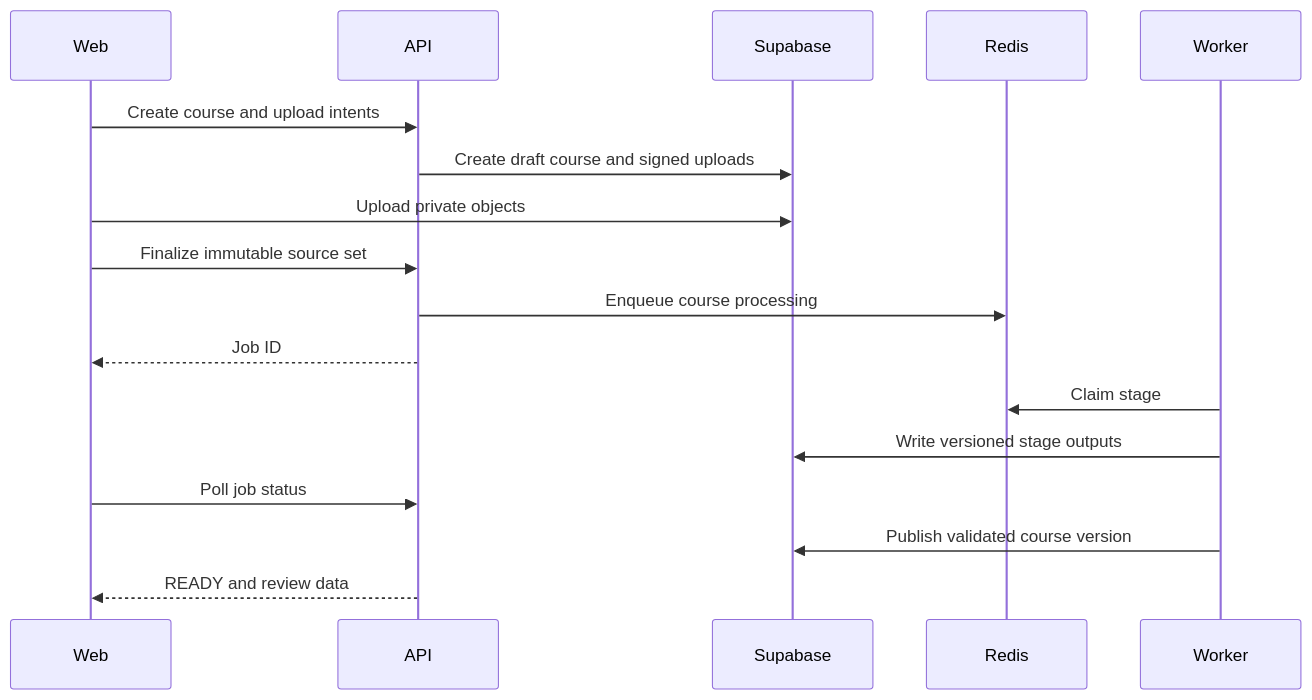
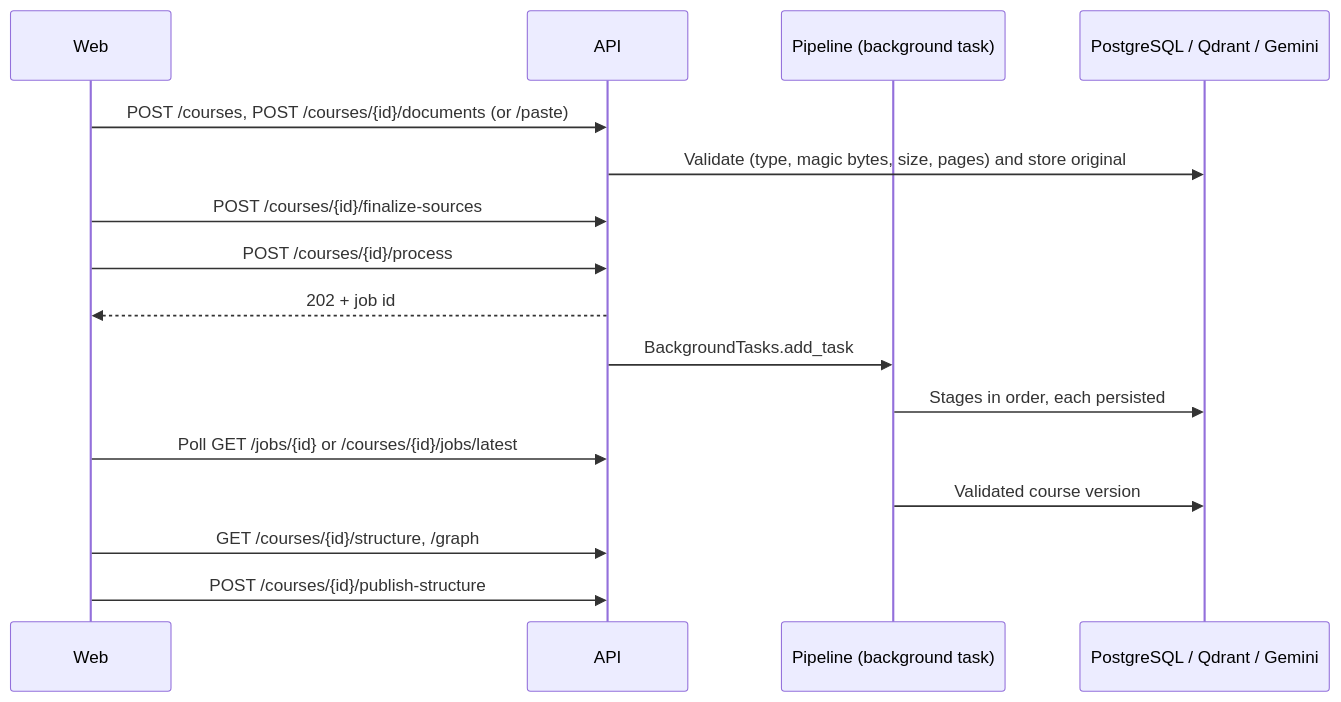
The second of 5 diagrams in architecture.md (HARSHHLEDWANI/NeuroAdaptive-test), drawn with Mermaid before and after one commit. The commit also changed other lines of this file, not shown here.

Commit message:
docs: rewrite architecture.md as built, keep frozen target as Part B

````diff
--- a/architecture.md
+++ b/architecture.md
@@ -137,20 +117,19 @@
 ```mermaid
 sequenceDiagram
     participant W as Web
     participant A as API
-    participant S as Supabase
-    participant R as Redis
-    participant K as Worker
+    participant P as Pipeline (background task)
+    participant D as PostgreSQL / Qdrant / Gemini
 
-    W->>A: Create course and upload intents
-    A->>S: Create draft course and signed uploads
-    W->>S: Upload private objects
-    W->>A: Finalize immutable source set
-    A->>R: Enqueue course processing
-    A-->>W: Job ID
-    K->>R: Claim stage
-    K->>S: Write versioned stage outputs
-    W->>A: Poll job status
-    K->>S: Publish validated course version
-    A-->>W: READY and review data
+    W->>A: POST /courses, POST /courses/{id}/documents (or /paste)
+    A->>D: Validate (type, magic bytes, size, pages) and store original
+    W->>A: POST /courses/{id}/finalize-sources
+    W->>A: POST /courses/{id}/process
+    A-->>W: 202 + job id
+    A->>P: BackgroundTasks.add_task
+    P->>D: Stages in order, each persisted
+    W->>A: Poll GET /jobs/{id} or /courses/{id}/jobs/latest
+    P->>D: Validated course version
+    W->>A: GET /courses/{id}/structure, /graph
+    W->>A: POST /courses/{id}/publish-structure
 ```
````
